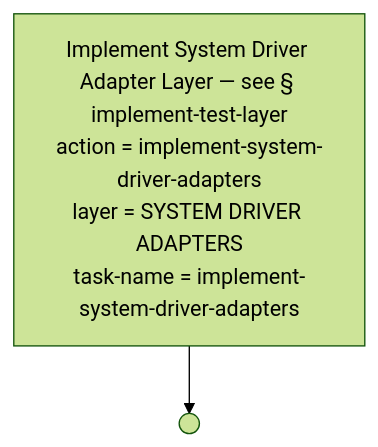
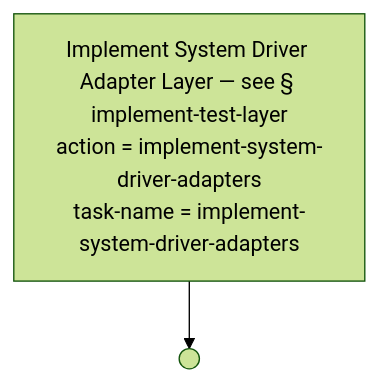
One commit to optivem/gh-optivem changed diagram 18 of 51 in docs/process-diagram.md. Above: the diagram before and after it, drawn with Mermaid (forest theme). The commit also changed other lines of this file and 9 other files, not shown here.

Commit message:
atdd: regenerate process-flow diagram

````diff
--- a/docs/process-diagram.md
+++ b/docs/process-diagram.md
@@ -355,7 +355,7 @@
 ```mermaid
 flowchart TD
-    IMPLEMENT_TEST_LAYER["Implement System Driver Adapter Layer — see § implement-test-layer<br/>action = implement-system-driver-adapters<br/>layer = SYSTEM DRIVER ADAPTERS<br/>task-name = implement-system-driver-adapters"]
+    IMPLEMENT_TEST_LAYER["Implement System Driver Adapter Layer — see § implement-test-layer<br/>action = implement-system-driver-adapters<br/>task-name = implement-system-driver-adapters"]
     IMPL_SYS_DRIVER_END(( ))
 
     IMPLEMENT_TEST_LAYER --> IMPL_SYS_DRIVER_END
 ```
````
